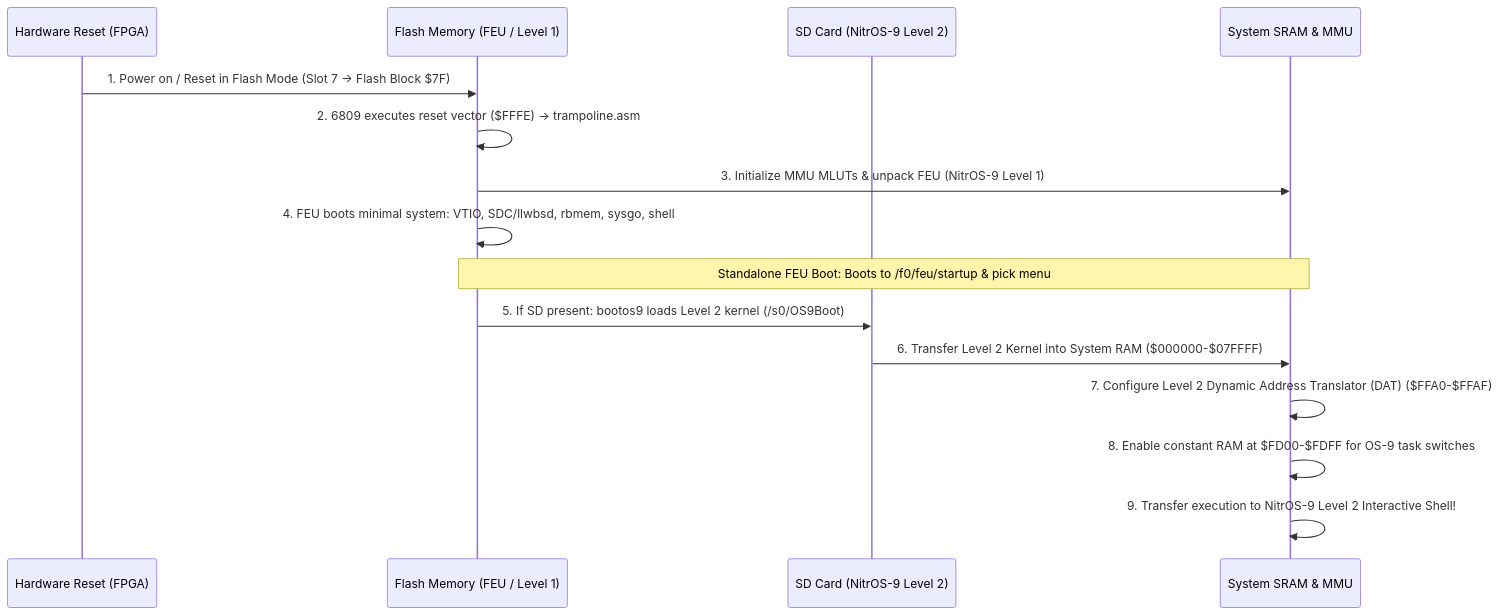
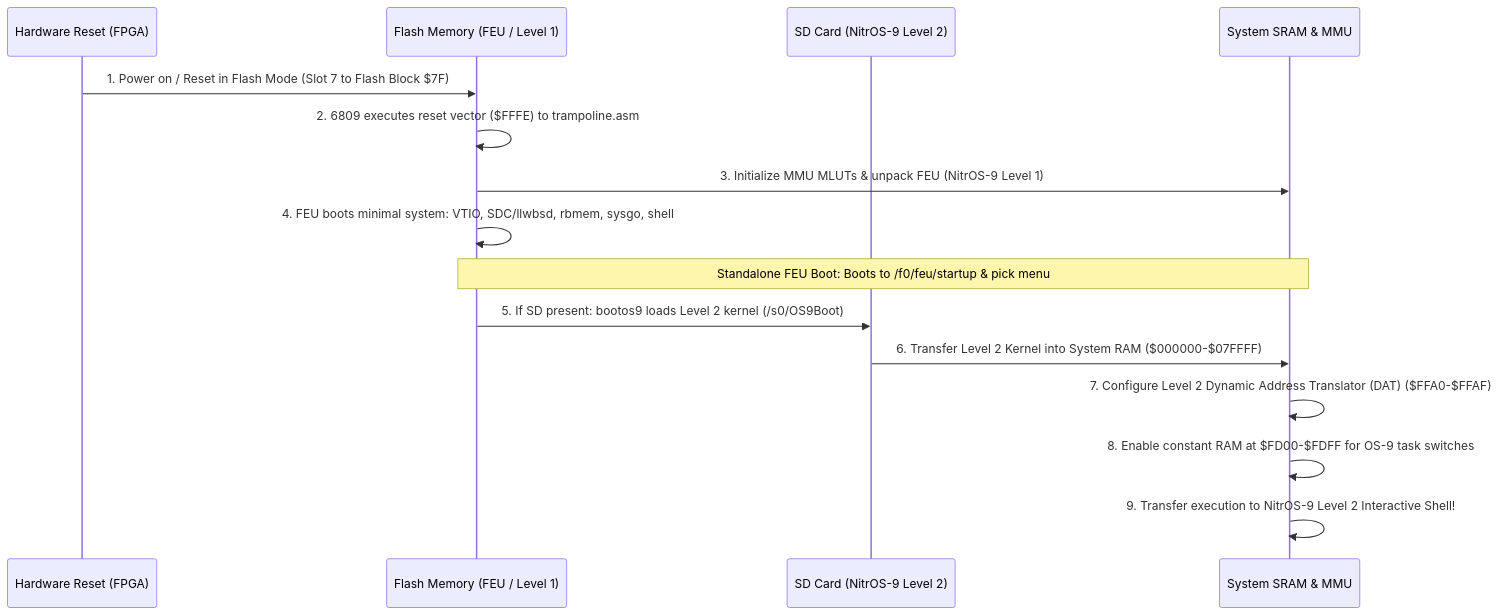
One commit to rlucente-retro/mame changed the first of 3 diagrams in WILDBITS_JR2_ARCHITECTURE.md. Above: the diagram before and after it, drawn with Mermaid. The commit also changed other lines of this file and 2 other files, not shown here.

````diff
--- a/WILDBITS_JR2_ARCHITECTURE.md
+++ b/WILDBITS_JR2_ARCHITECTURE.md
@@ -248,18 +248,18 @@
 ```mermaid
 sequenceDiagram
     participant FPGA as Hardware Reset (FPGA)
     participant Flash as Flash Memory (FEU / Level 1)
     participant SD as SD Card (NitrOS-9 Level 2)
     participant RAM as System SRAM & MMU
 
-    FPGA->>Flash: 1. Power on / Reset in Flash Mode (Slot 7 -> Flash Block $7F)
-    Flash->>Flash: 2. 6809 executes reset vector ($FFFE) -> trampoline.asm
+    FPGA->>Flash: 1. Power on / Reset in Flash Mode (Slot 7 to Flash Block $7F)
+    Flash->>Flash: 2. 6809 executes reset vector ($FFFE) to trampoline.asm
     Flash->>RAM: 3. Initialize MMU MLUTs & unpack FEU (NitrOS-9 Level 1)
     Flash->>Flash: 4. FEU boots minimal system: VTIO, SDC/llwbsd, rbmem, sysgo, shell
     Note over Flash,RAM: Standalone FEU Boot: Boots to /f0/feu/startup & pick menu
     Flash->>SD: 5. If SD present: bootos9 loads Level 2 kernel (/s0/OS9Boot)
     SD->>RAM: 6. Transfer Level 2 Kernel into System RAM ($000000-$07FFFF)
     RAM->>RAM: 7. Configure Level 2 Dynamic Address Translator (DAT) ($FFA0-$FFAF)
     RAM->>RAM: 8. Enable constant RAM at $FD00-$FDFF for OS-9 task switches
     RAM->>RAM: 9. Transfer execution to NitrOS-9 Level 2 Interactive Shell!
 ```
````
